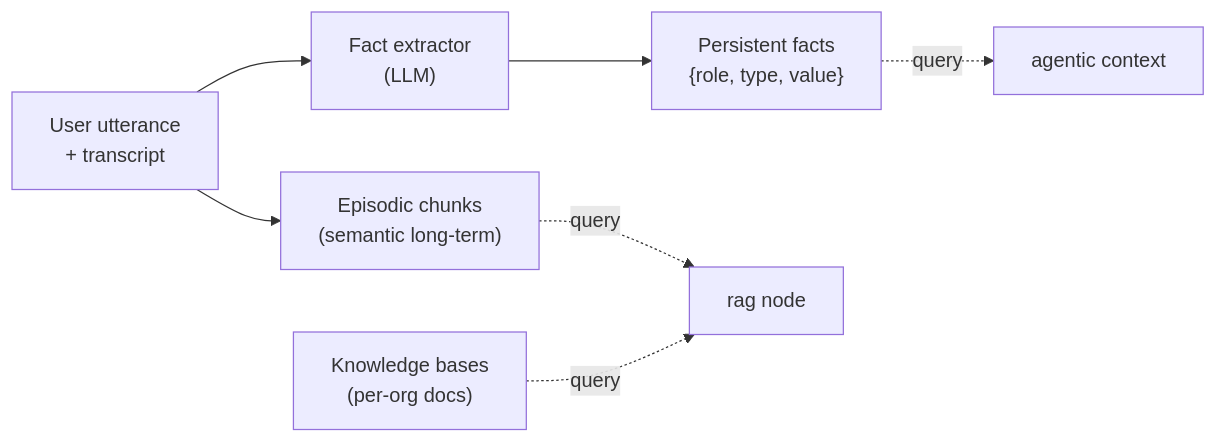
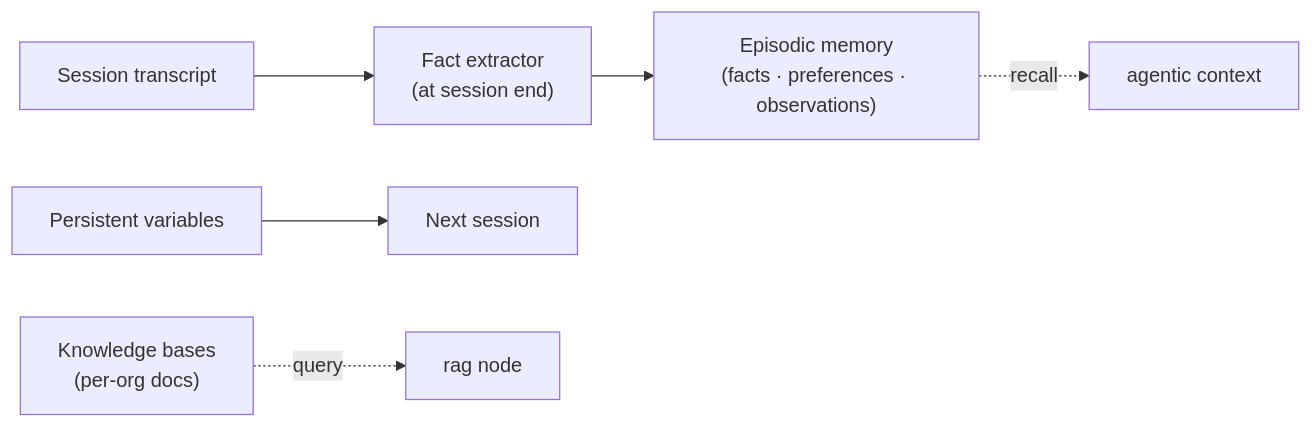
The fourth of 4 diagrams in platform/flows.mdx (Aico-Systems/docs), drawn with Mermaid before and after one commit. The commit also changed other lines of this file and 10 other files, not shown here.

````diff
--- a/platform/flows.mdx
+++ b/platform/flows.mdx
@@ -158,10 +170,9 @@
 ```mermaid
 flowchart LR
-    UT["User utterance<br/>+ transcript"] --> EP["Episodic chunks<br/>(semantic long-term)"]
-    UT --> FX["Fact extractor<br/>(LLM)"]
-    FX --> FC["Persistent facts<br/>{role, type, value}"]
+    UT["Session transcript"] --> FX["Fact extractor<br/>(at session end)"]
+    FX --> EP["Episodic memory<br/>(facts · preferences · observations)"]
+    PV["Persistent variables"] --> NS["Next session"]
     KB["Knowledge bases<br/>(per-org docs)"]
-    EP -.query.-> RAG["rag node"]
-    FC -.query.-> AGC["agentic context"]
-    KB -.query.-> RAG
+    EP -.recall.-> AGC["agentic context"]
+    KB -.query.-> RAG["rag node"]
 ```
````
